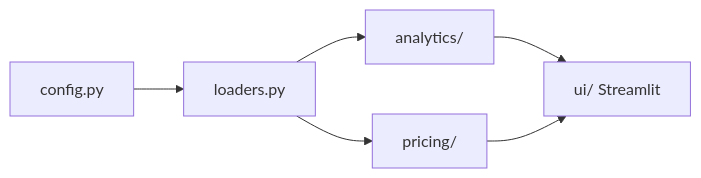
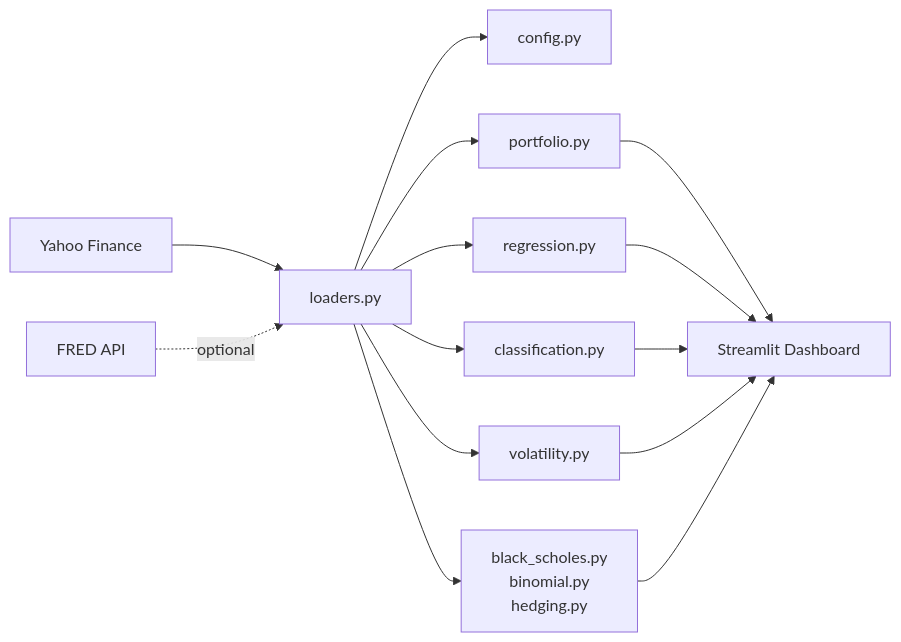
The diagram in README.md (sh-arka22/QUANTEDGE-ML-Enhanced-Derivatives-Hedging-Platform), drawn with Mermaid before and after one commit. The commit also changed other lines of this file, not shown here.

````diff
--- a/README.md
+++ b/README.md
@@ -54,8 +132,16 @@
 ```mermaid
 graph LR
-    Config[config.py] --> Data[loaders.py]
-    Data --> Analytics[analytics/]
-    Data --> Pricing[pricing/]
-    Analytics --> UI[ui/ Streamlit]
+    YF[Yahoo Finance] --> Loaders[loaders.py]
+    FRED[FRED API] -.->|optional| Loaders
+    Loaders --> Config[config.py]
+    Loaders --> Portfolio[portfolio.py]
+    Loaders --> Regression[regression.py]
+    Loaders --> Classification[classification.py]
+    Loaders --> Volatility[volatility.py]
+    Loaders --> Pricing[black_scholes.py<br>binomial.py<br>hedging.py]
+    Portfolio --> UI[Streamlit Dashboard]
+    Regression --> UI
+    Classification --> UI
+    Volatility --> UI
     Pricing --> UI
 ```
````
